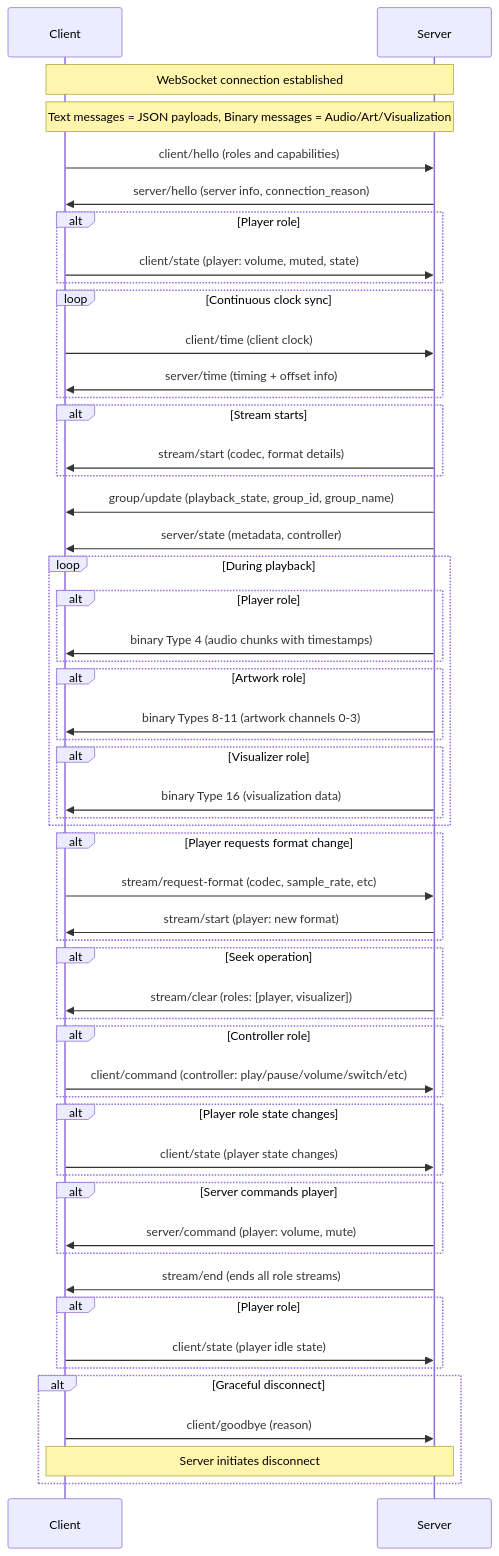
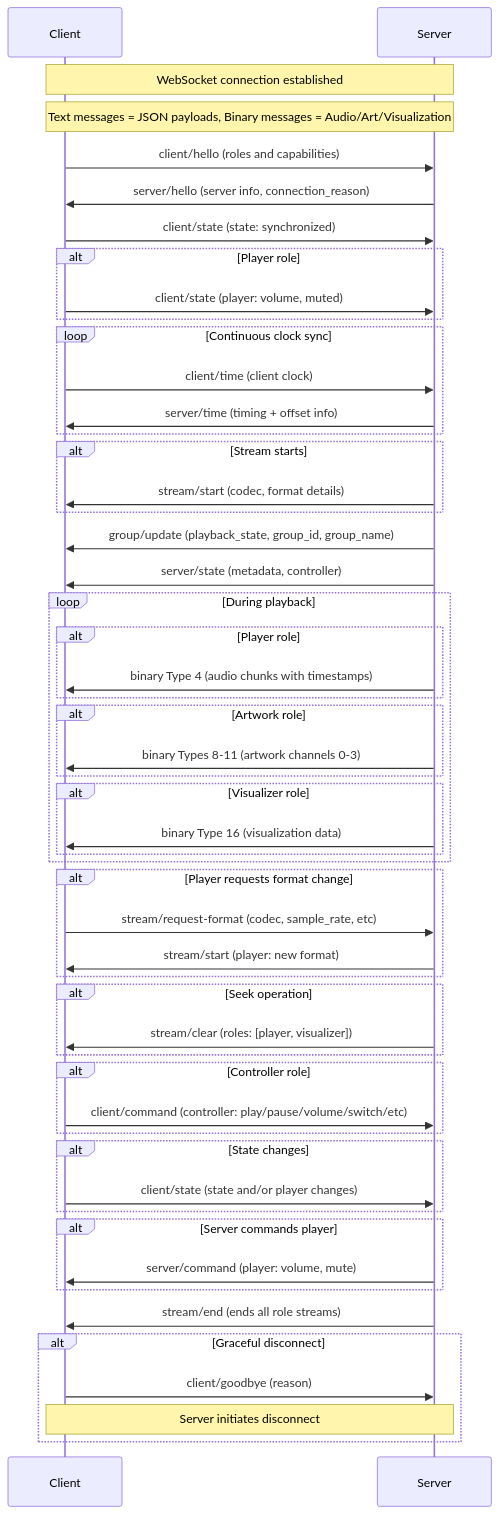
One commit to Resonate-Protocol/spec changed the diagram in README.md. Above: the diagram before and after it, drawn with Mermaid. The commit also changed other lines of this file, not shown here.

````diff
--- a/README.md
+++ b/README.md
@@ -179,71 +179,69 @@
 ```mermaid
 sequenceDiagram
     participant Client
     participant Server
 
     Note over Client,Server: WebSocket connection established
 
     Note over Client,Server: Text messages = JSON payloads, Binary messages = Audio/Art/Visualization
 
     Client->>Server: client/hello (roles and capabilities)
     Server->>Client: server/hello (server info, connection_reason)
 
+    Client->>Server: client/state (state: synchronized)
     alt Player role
-        Client->>Server: client/state (player: volume, muted, state)
+        Client->>Server: client/state (player: volume, muted)
     end
 
     loop Continuous clock sync
         Client->>Server: client/time (client clock)
         Server->>Client: server/time (timing + offset info)
     end
 
     alt Stream starts
         Server->>Client: stream/start (codec, format details)
     end
 
     Server->>Client: group/update (playback_state, group_id, group_name)
     Server->>Client: server/state (metadata, controller)
 
     loop During playback
         alt Player role
             Server->>Client: binary Type 4 (audio chunks with timestamps)
         end
         alt Artwork role
             Server->>Client: binary Types 8-11 (artwork channels 0-3)
         end
         alt Visualizer role
             Server->>Client: binary Type 16 (visualization data)
         end
     end
 
     alt Player requests format change
         Client->>Server: stream/request-format (codec, sample_rate, etc)
         Server->>Client: stream/start (player: new format)
     end
 
     alt Seek operation
         Server->>Client: stream/clear (roles: [player, visualizer])
     end
 
     alt Controller role
         Client->>Server: client/command (controller: play/pause/volume/switch/etc)
     end
 
-    alt Player role state changes
-        Client->>Server: client/state (player state changes)
+    alt State changes
+        Client->>Server: client/state (state and/or player changes)
     end
 
     alt Server commands player
         Server->>Client: server/command (player: volume, mute)
     end
 
     Server->>Client: stream/end (ends all role streams)
-    alt Player role
-        Client->>Server: client/state (player idle state)
-    end
 
     alt Graceful disconnect
         Client->>Server: client/goodbye (reason)
         Note over Client,Server: Server initiates disconnect
     end
 ```
````
